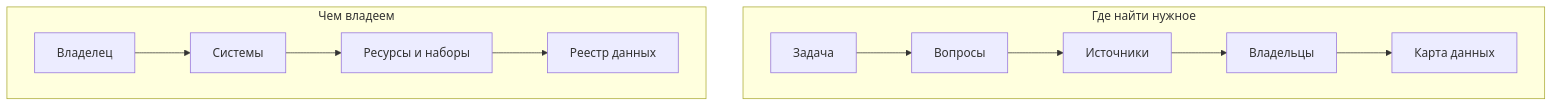
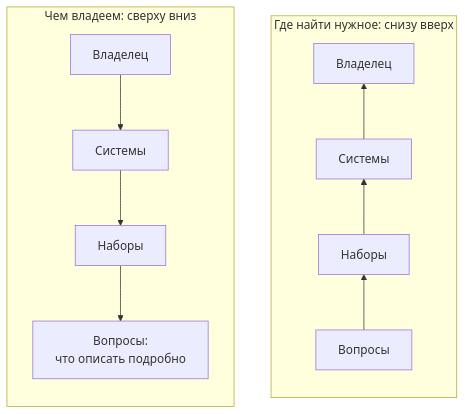
One commit to ivbeg/data-inventory changed the first of 2 diagrams in docs/02-approaches/01-two-approaches.md. Above: the diagram before and after it, drawn with Mermaid. The commit also changed other lines of this file and 54 other files, not shown here.

````diff
--- a/docs/02-approaches/01-two-approaches.md
+++ b/docs/02-approaches/01-two-approaches.md
@@ -25,9 +23,12 @@
 ```mermaid
-flowchart TB
-  subgraph need["Где найти нужное"]
-    N1["Задача"] --> N2["Вопросы"] --> N3["Источники"] --> N4["Владельцы"] --> N5["Карта данных"]
+flowchart LR
+  subgraph own["Чем владеем: сверху вниз"]
+    direction TB
+    O1["Владелец"] --> O2["Системы"] --> O3["Наборы"] --> O4["Вопросы:<br/>что описать подробно"]
   end
-  subgraph own["Чем владеем"]
-    O1["Владелец"] --> O2["Системы"] --> O3["Ресурсы и наборы"] --> O4["Реестр данных"]
+  subgraph need["Где найти нужное: снизу вверх"]
+    direction BT
+    N4["Вопросы"] --> N3["Наборы"] --> N2["Системы"] --> N1["Владелец"]
   end
+  own ~~~ need
 ```
````
